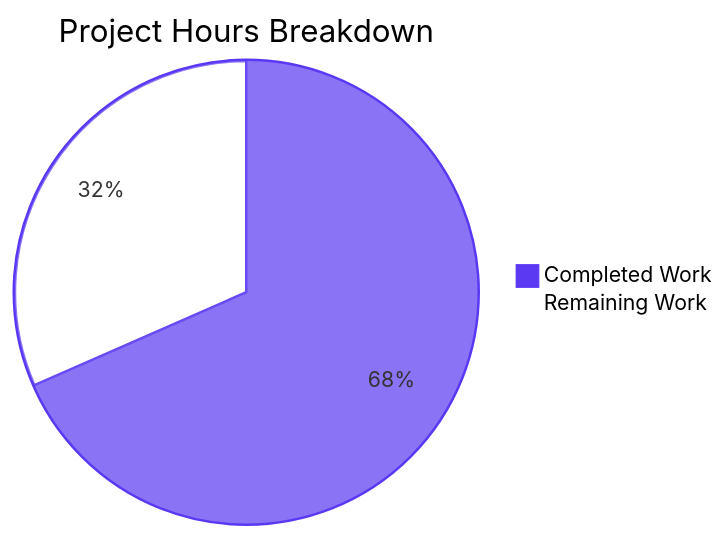
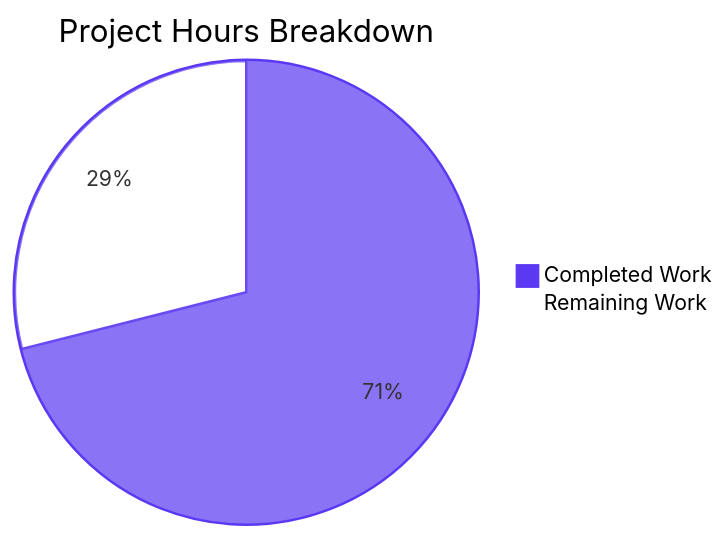
One commit to Sandeep01Kumar/existing-projects-qa-16-nov changed the first of 3 diagrams in blitzy/documentation/Project Guide - ef7ce823-4598-4dbf-a7b3-6da4a0b071cb.md. Above: the diagram before and after it, drawn with Mermaid. The commit also changed other lines of this file, not shown here.

Commit message:
Adding Blitzy Project Guide: Project Status and Human Tasks Remaining

````diff
--- a/blitzy/documentation/Project Guide - ef7ce823-4598-4dbf-a7b3-6da4a0b071cb.md
+++ b/blitzy/documentation/Project Guide - ef7ce823-4598-4dbf-a7b3-6da4a0b071cb.md
@@ -11,6 +11,6 @@
 ```mermaid
 %%{init: {"themeVariables": {"pie1": "#5B39F3", "pie2": "#FFFFFF", "pieStrokeColor": "#5B39F3", "pieOuterStrokeColor": "#5B39F3"}}}%%
 pie title Project Hours Breakdown
-    "Completed Work" : 13
-    "Remaining Work" : 6
+    "Completed Work" : 13.5
+    "Remaining Work" : 5.5
 ```
````
